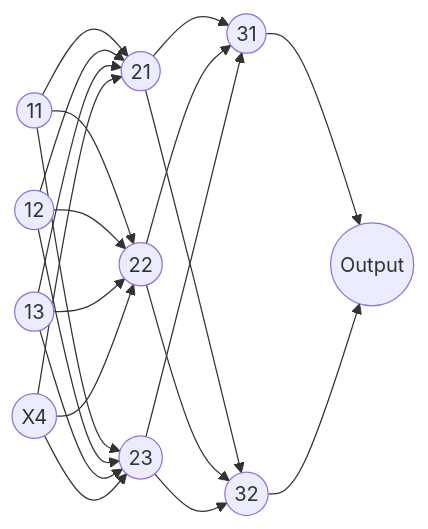
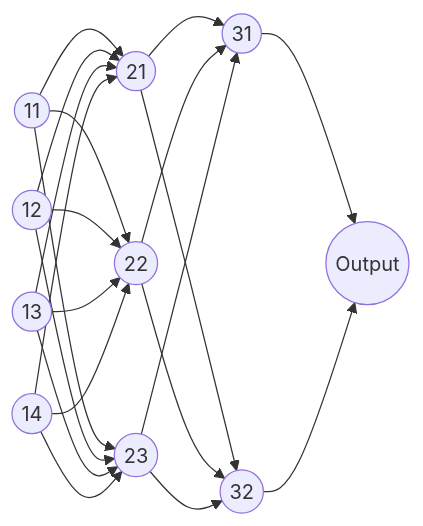
The fourth of 4 diagrams in version 2/DL/Readme.md (Arannamoy-Mondal/NLP-MLOPS), drawn with Mermaid before and after one commit. The commit also changed other lines of this file, not shown here.

Commit message:
fix: update NN notation graph

````diff
--- a/version 2/DL/Readme.md
+++ b/version 2/DL/Readme.md
@@ -311,23 +311,23 @@
 ```mermaid
 graph LR;
 I1((11))-->H1((21))
 I1((11))-->H2((22))
 I1((11))-->H3((23))
 I2((12))-->H1((21))
 I2((12))-->H2((22))
 I2((12))-->H3((23))
 I3((13))-->H1((21))
 I3((13))-->H2((22))
 I3((13))-->H3((23))
-I4((X4)) -->H1((21))
-I4((X4)) -->H2((22))
-I4((X4)) -->H3((23))
+I4((14)) -->H1((21))
+I4((14)) -->H2((22))
+I4((14)) -->H3((23))
 H1((21)) --> H11((31))
 H1((21)) --> H12((32))
 H2((22)) --> H11((31))
 H2((22)) --> H12((32))
 H3((23)) --> H11((31))
 H3((23)) --> H12((32))
 H11((31)) --> O((Output))
 H12((32)) --> O((Output))
 ```
````
